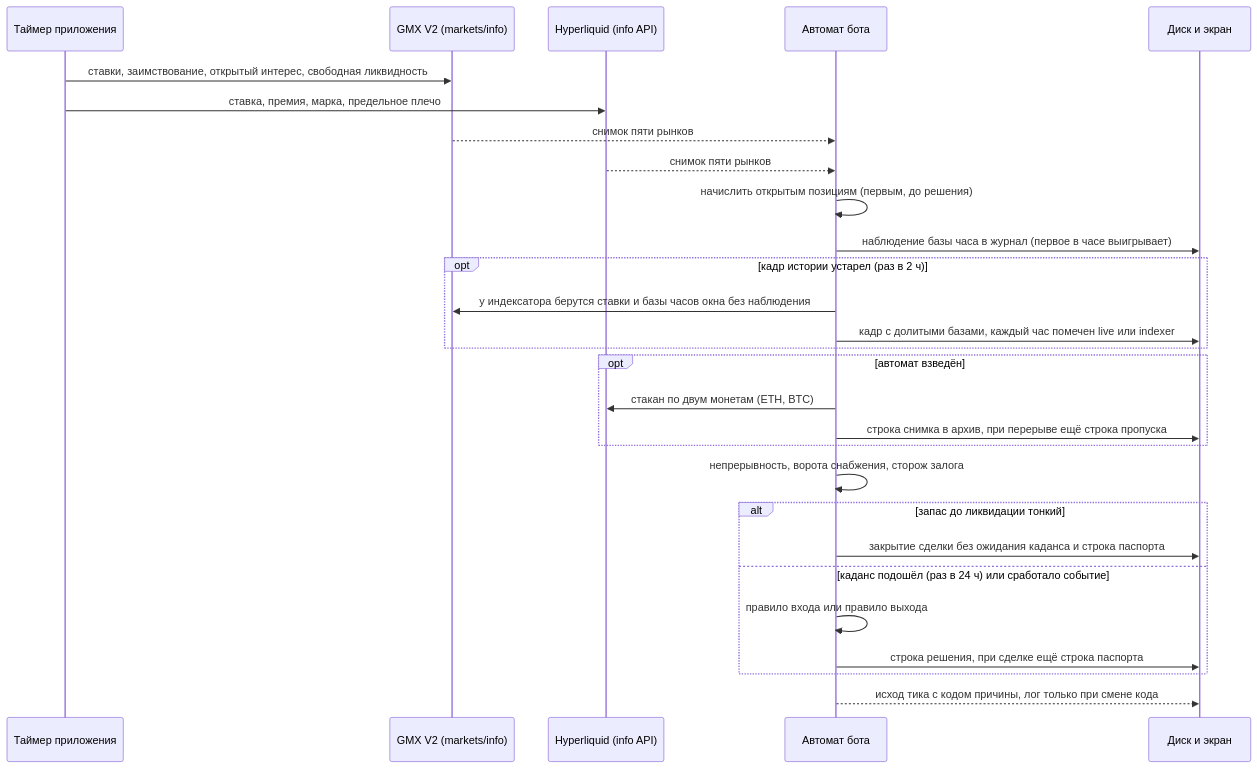
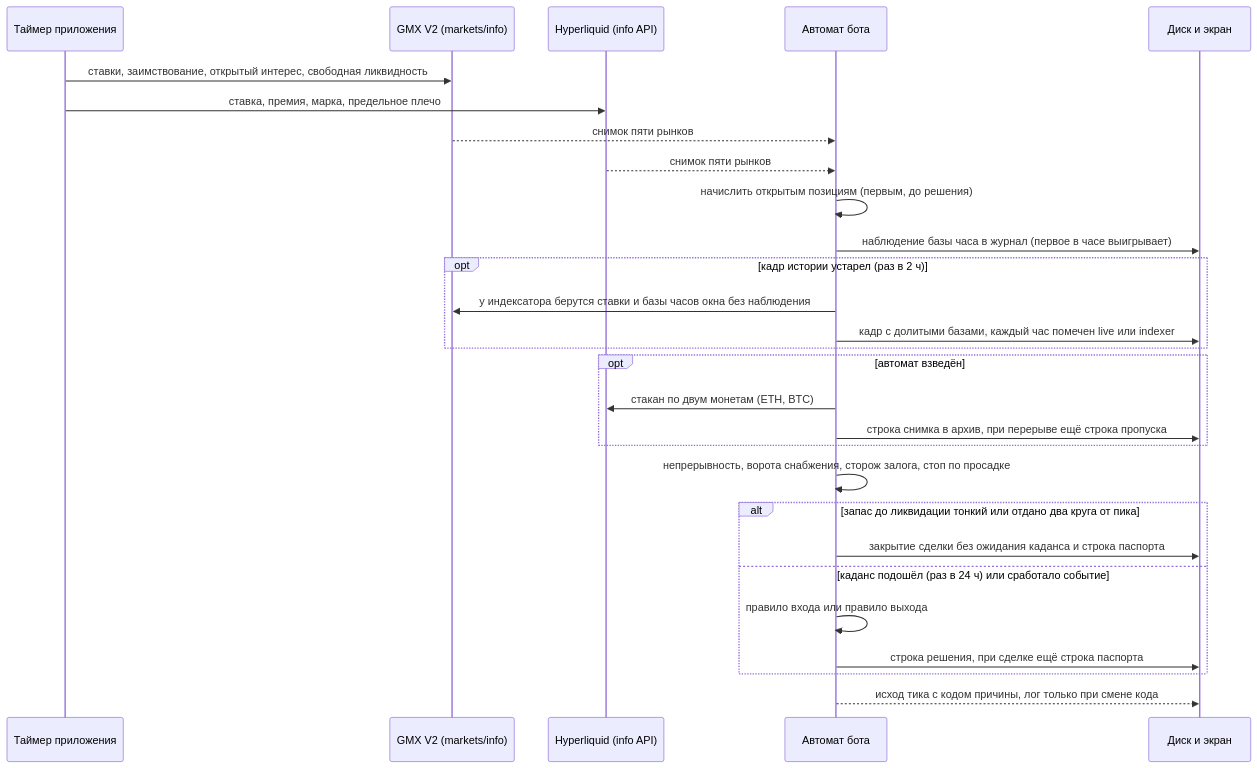
One commit to hamiltonalex/botLab changed the second of 6 diagrams in botLab-desktop/docs/bot1-funding-arb-how-it-works.ru.md. Above: the diagram before and after it, drawn with Mermaid. The commit also changed other lines of this file and 13 other files, not shown here.

Commit message:
feat(funding-arb): сторож просадки у автомата бота 1: закрытие при отдаче двух кругов от пика накопленного (замер З6), код drawdown_stop в реестрах, вердикт на карточке честности и в тикете, коды сторожей законны в паспорте сделки, документация ru/en

````diff
--- a/botLab-desktop/docs/bot1-funding-arb-how-it-works.ru.md
+++ b/botLab-desktop/docs/bot1-funding-arb-how-it-works.ru.md
@@ -105,30 +106,30 @@
 ```mermaid
 sequenceDiagram
     participant T as Таймер приложения
     participant G as GMX V2 (markets/info)
     participant H as Hyperliquid (info API)
     participant E as Автомат бота
     participant D as Диск и экран
     T->>G: ставки, заимствование, открытый интерес, свободная ликвидность
     T->>H: ставка, премия, марка, предельное плечо
     G-->>E: снимок пяти рынков
     H-->>E: снимок пяти рынков
     E->>E: начислить открытым позициям (первым, до решения)
     E->>D: наблюдение базы часа в журнал (первое в часе выигрывает)
     opt кадр истории устарел (раз в 2 ч)
         E->>G: у индексатора берутся ставки и базы часов окна без наблюдения
         E->>D: кадр с долитыми базами, каждый час помечен live или indexer
     end
     opt автомат взведён
         E->>H: стакан по двум монетам (ETH, BTC)
         E->>D: строка снимка в архив, при перерыве ещё строка пропуска
     end
-    E->>E: непрерывность, ворота снабжения, сторож залога
-    alt запас до ликвидации тонкий
+    E->>E: непрерывность, ворота снабжения, сторож залога, стоп по просадке
+    alt запас до ликвидации тонкий или отдано два круга от пика
         E->>D: закрытие сделки без ожидания каданса и строка паспорта
     else каданс подошёл (раз в 24 ч) или сработало событие
         E->>E: правило входа или правило выхода
         E->>D: строка решения, при сделке ещё строка паспорта
     end
     E-->>D: исход тика с кодом причины, лог только при смене кода
 ```
````
